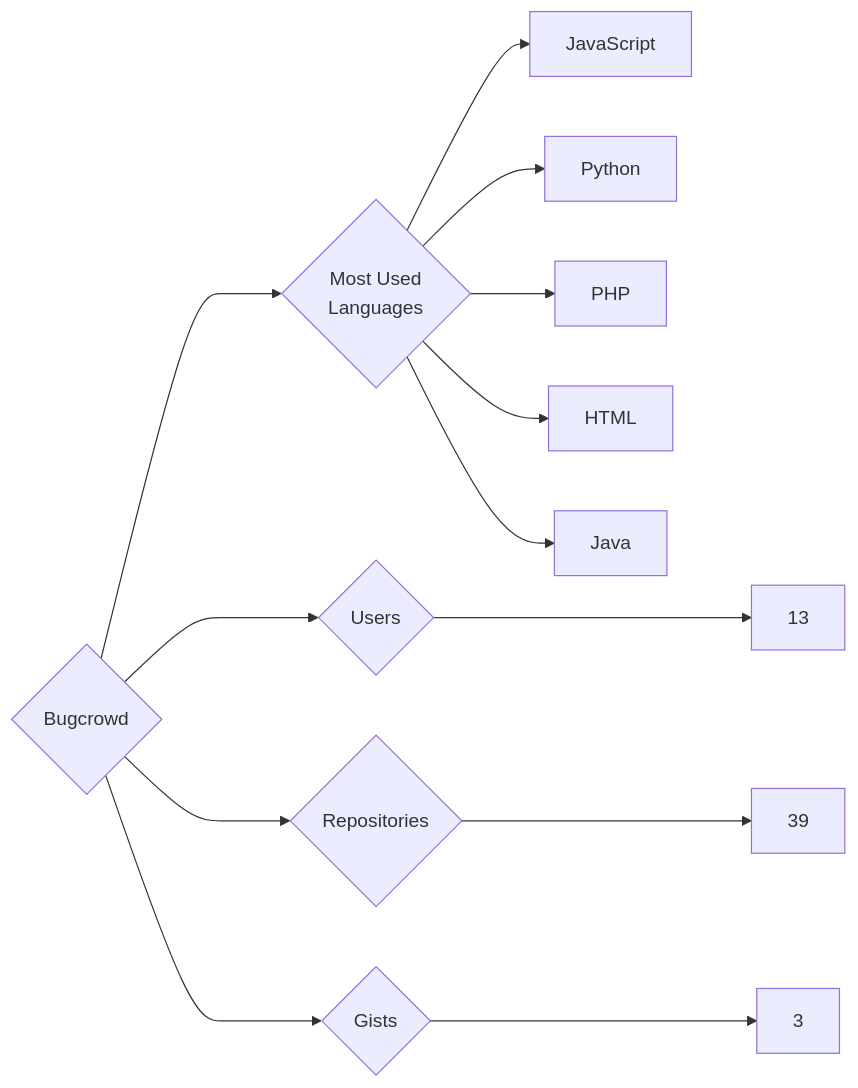
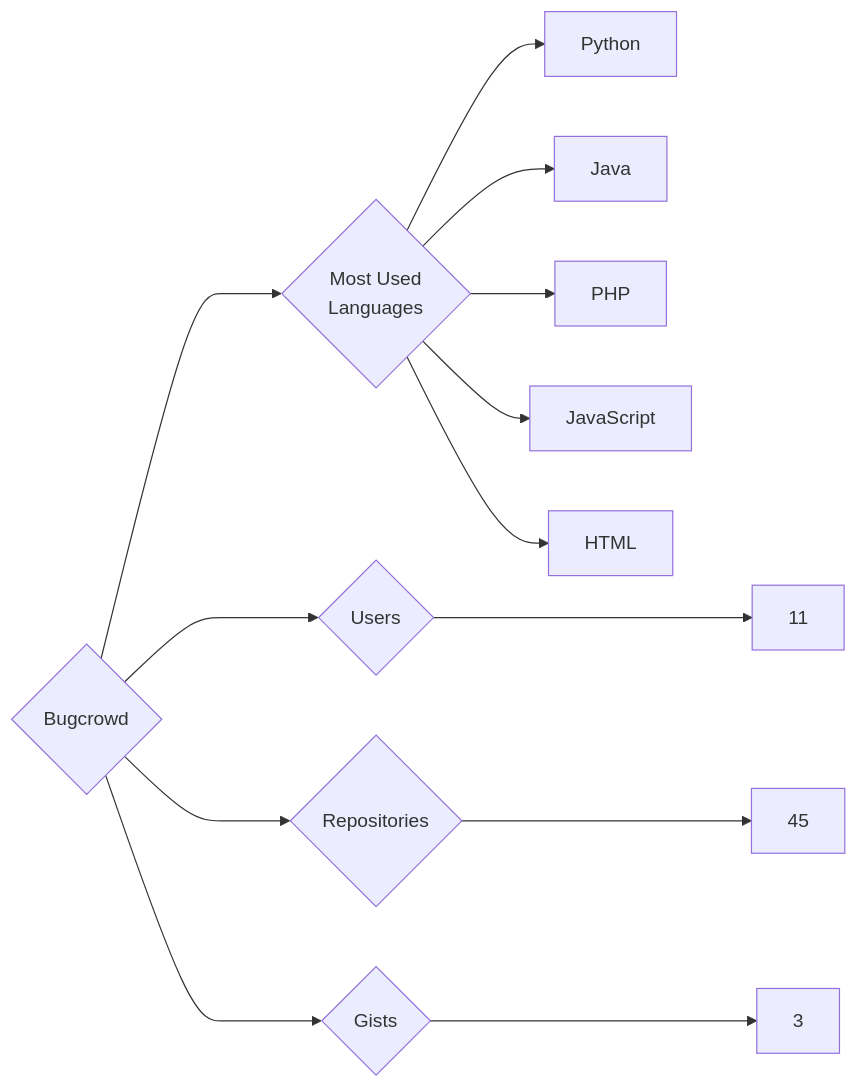
One commit to trickest/insiders changed the diagram in targets/Bugcrowd/README.md. Above: the diagram before and after it, drawn with Mermaid. The commit also changed 1078 other files, not shown here.

````diff
--- a/targets/Bugcrowd/README.md
+++ b/targets/Bugcrowd/README.md
@@ -3,13 +3,13 @@
 ```mermaid
 graph LR
 COMPANY_NAME{Bugcrowd}
-COMPANY_NAME ---> U{Users} ---> UN[13]
-COMPANY_NAME ---> R{Repositories} ---> RN[39]
+COMPANY_NAME ---> U{Users} ---> UN[11]
+COMPANY_NAME ---> R{Repositories} ---> RN[45]
 COMPANY_NAME ---> G{Gists} ---> GN[3]
 COMPANY_NAME ---> ML{Most Used<br>Languages}
+ML --> Python[Python]
+ML --> Java[Java]
+ML --> PHP[PHP]
 ML --> JavaScript[JavaScript]
-ML --> Python[Python]
-ML --> PHP[PHP]
 ML --> HTML[HTML]
-ML --> Java[Java]
 ```
````
